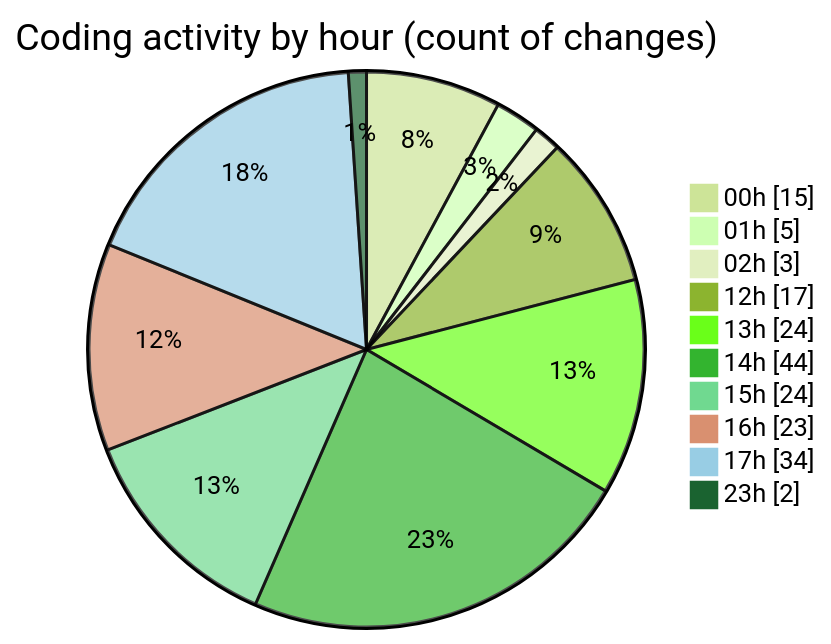
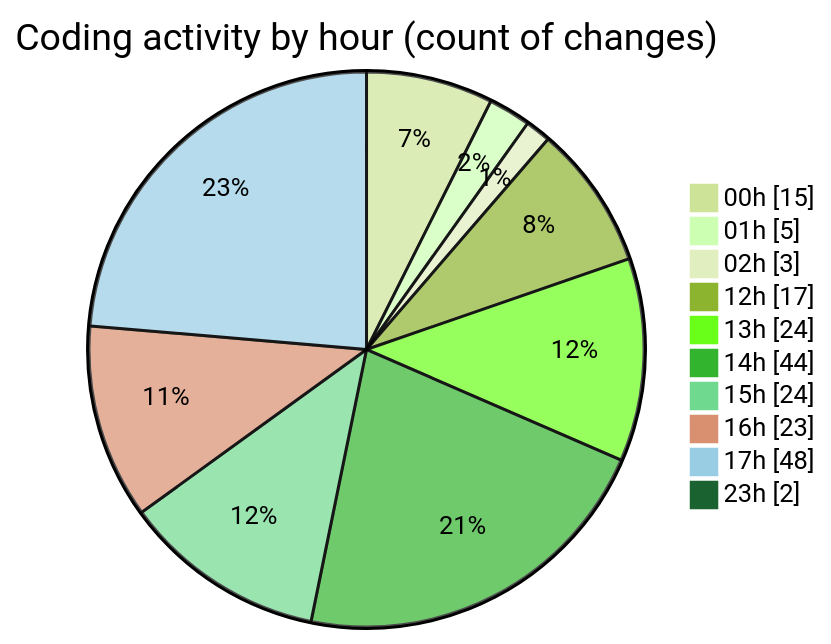
The second of 2 diagrams in 2025-08-13/rentotp/README.md (lephambinh05/code-tracking), drawn with Mermaid (forest theme) before and after one commit. The commit also changed other lines of this file and 1 other file, not shown here.

````diff
--- a/2025-08-13/rentotp/README.md
+++ b/2025-08-13/rentotp/README.md
@@ -59,14 +60,14 @@
 ```mermaid
 pie showData
 title Coding activity by hour (count of changes)
 "00h" : 15
 "01h" : 5
 "02h" : 3
 "12h" : 17
 "13h" : 24
 "14h" : 44
 "15h" : 24
 "16h" : 23
-"17h" : 34
+"17h" : 48
 "23h" : 2
 ```
````
